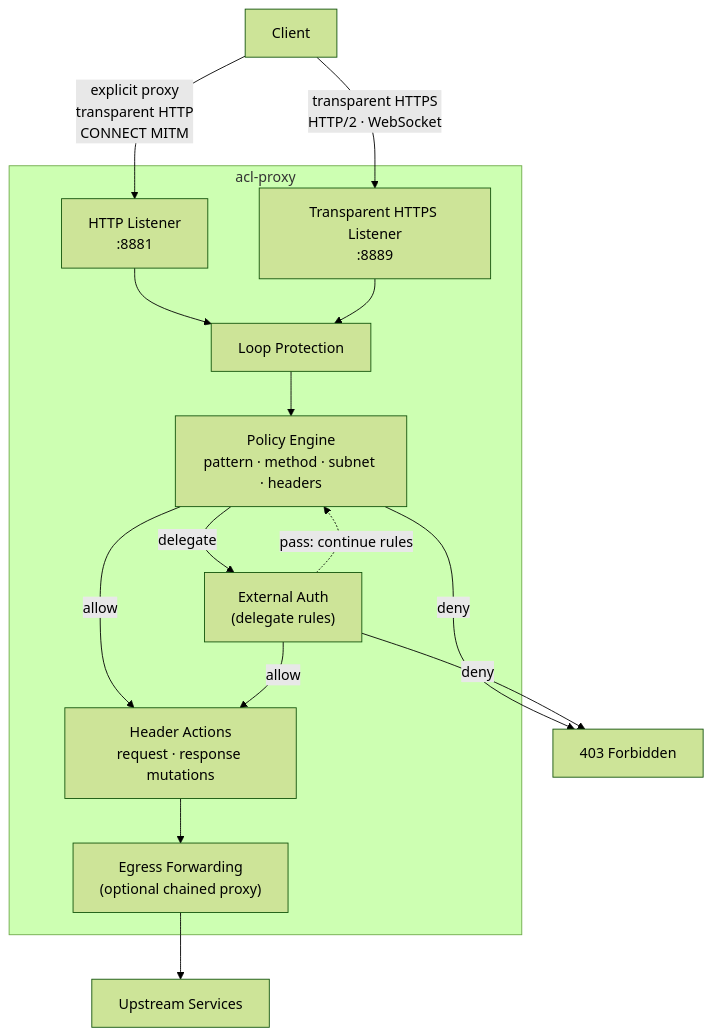
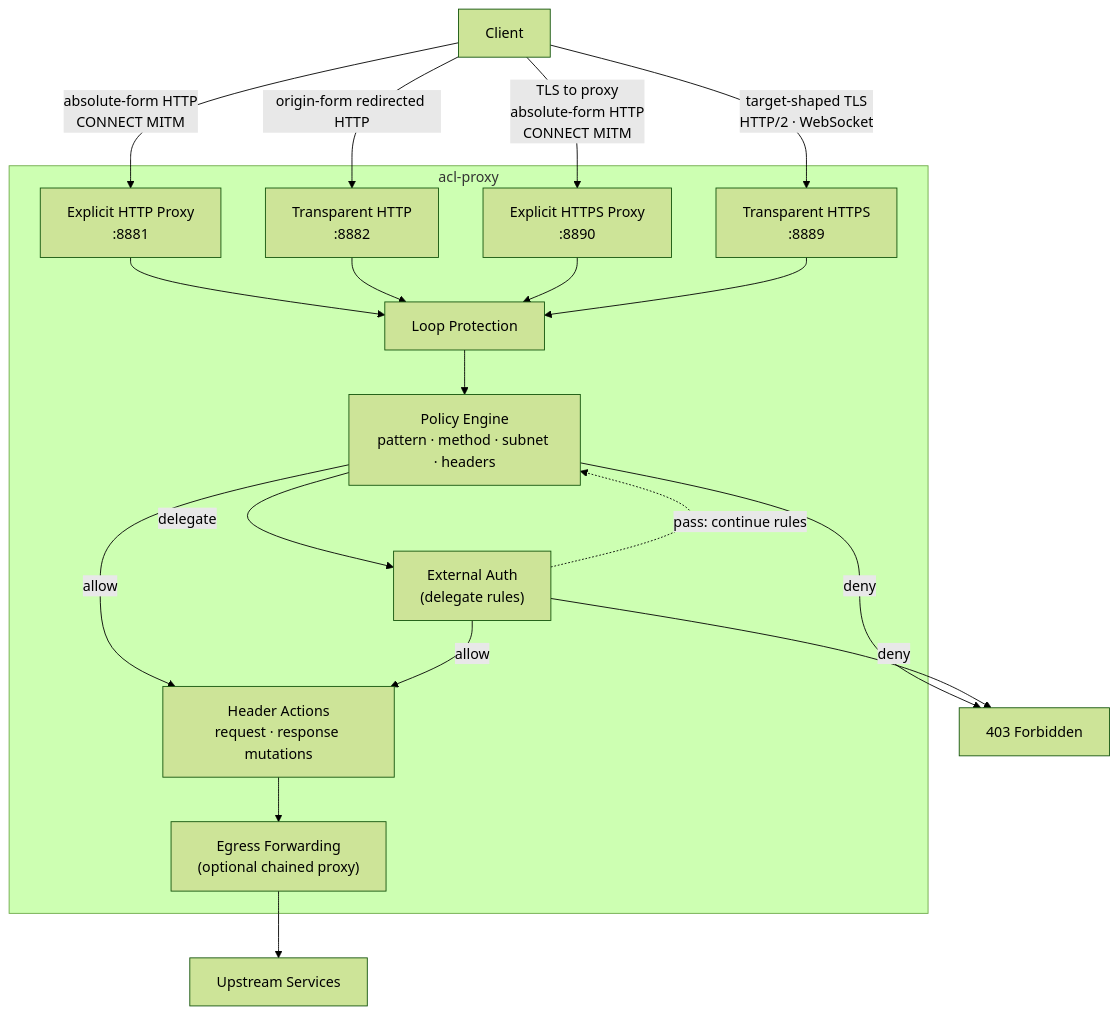
The first of 4 diagrams in README.md (kcosr/acl-proxy), drawn with Mermaid (forest theme) before and after one commit. The commit also changed other lines of this file and 26 other files, not shown here.

First line of the commit message:
Add explicit HTTPS listeners and parent proxy egress (#57)

````diff
--- a/README.md
+++ b/README.md
@@ -28,30 +28,36 @@
 ```mermaid
 graph TB
     Client["Client"]
 
     subgraph acl-proxy
-        HTTP["HTTP Listener<br/>:8881"]
-        HTTPS["Transparent HTTPS Listener<br/>:8889"]
+        ExplicitHTTP["Explicit HTTP Proxy<br/>:8881"]
+        TransparentHTTP["Transparent HTTP<br/>:8882"]
+        ExplicitHTTPS["Explicit HTTPS Proxy<br/>:8890"]
+        TransparentHTTPS["Transparent HTTPS<br/>:8889"]
         LP["Loop Protection"]
         PE["Policy Engine<br/>pattern · method · subnet · headers"]
         EA["External Auth<br/>(delegate rules)"]
         HA["Header Actions<br/>request · response mutations"]
         EF["Egress Forwarding<br/>(optional chained proxy)"]
     end
 
     Upstream["Upstream Services"]
 
-    Client -->|"explicit proxy<br/>transparent HTTP<br/>CONNECT MITM"| HTTP
-    Client -->|"transparent HTTPS<br/>HTTP/2 · WebSocket"| HTTPS
-    HTTP --> LP
-    HTTPS --> LP
+    Client -->|"absolute-form HTTP<br/>CONNECT MITM"| ExplicitHTTP
+    Client -->|"origin-form redirected HTTP"| TransparentHTTP
+    Client -->|"TLS to proxy<br/>absolute-form HTTP<br/>CONNECT MITM"| ExplicitHTTPS
+    Client -->|"target-shaped TLS<br/>HTTP/2 · WebSocket"| TransparentHTTPS
+    ExplicitHTTP --> LP
+    TransparentHTTP --> LP
+    ExplicitHTTPS --> LP
+    TransparentHTTPS --> LP
     LP --> PE
     PE -->|allow| HA
     PE -->|delegate| EA
     PE -->|deny| Deny["403 Forbidden"]
     EA -->|allow| HA
     EA -->|deny| Deny
     EA -.->|pass: continue rules| PE
     HA --> EF
     EF --> Upstream
 ```
````
